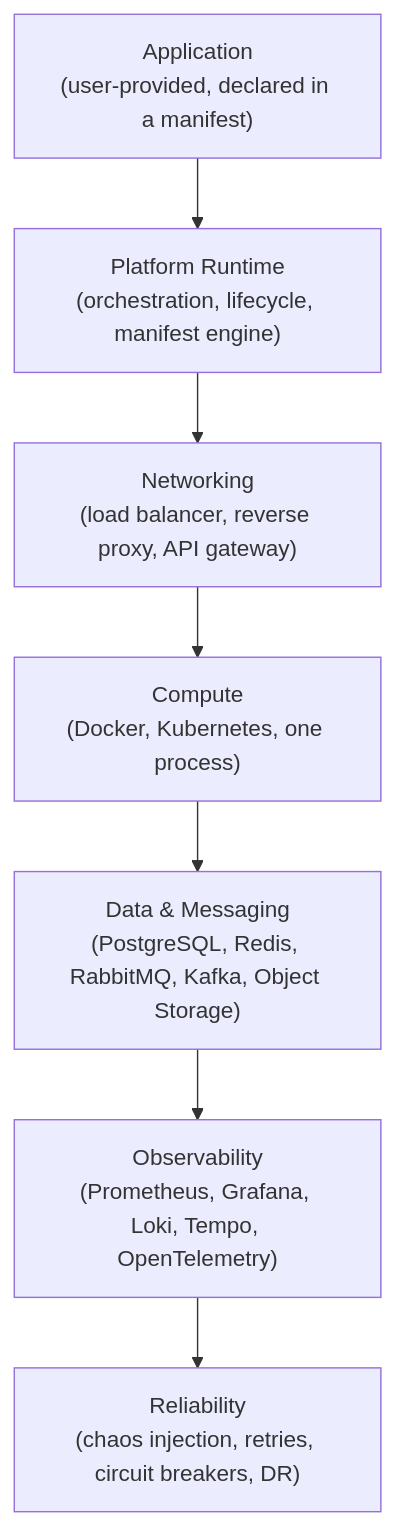
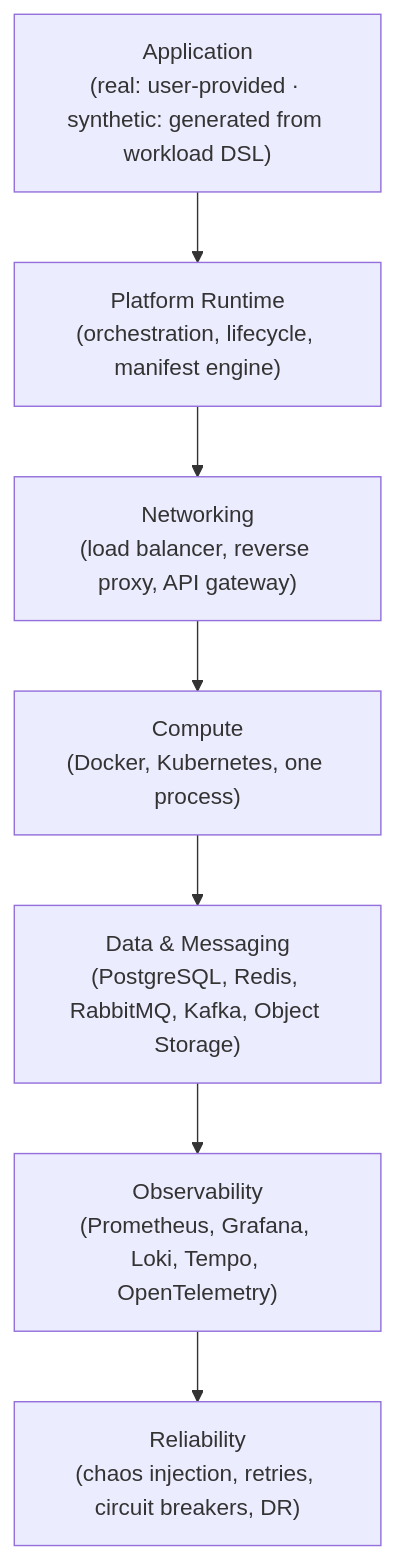
The first of 2 diagrams in docs/architecture.md (samin-al-wasee/production-simulator), drawn with Mermaid before and after one commit. The commit also changed other lines of this file and 12 other files, not shown here.

First line of the commit message:
[docs] Add Synthetic Applications / Workload Engine subsystem

````diff
--- a/docs/architecture.md
+++ b/docs/architecture.md
@@ -10,17 +10,17 @@
 ```mermaid
 flowchart TD
-    APP["Application<br/>(user-provided, declared in a manifest)"]
+    APP["Application<br/>(real: user-provided · synthetic: generated from workload DSL)"]
     RT["Platform Runtime<br/>(orchestration, lifecycle, manifest engine)"]
     NW["Networking<br/>(load balancer, reverse proxy, API gateway)"]
     CP["Compute<br/>(Docker, Kubernetes, one process)"]
     DM["Data & Messaging<br/>(PostgreSQL, Redis, RabbitMQ, Kafka, Object Storage)"]
     OB["Observability<br/>(Prometheus, Grafana, Loki, Tempo, OpenTelemetry)"]
     RE["Reliability<br/>(chaos injection, retries, circuit breakers, DR)"]
 
     APP --> RT
     RT --> NW
     NW --> CP
     CP --> DM
     DM --> OB
     OB --> RE
 ```
````
